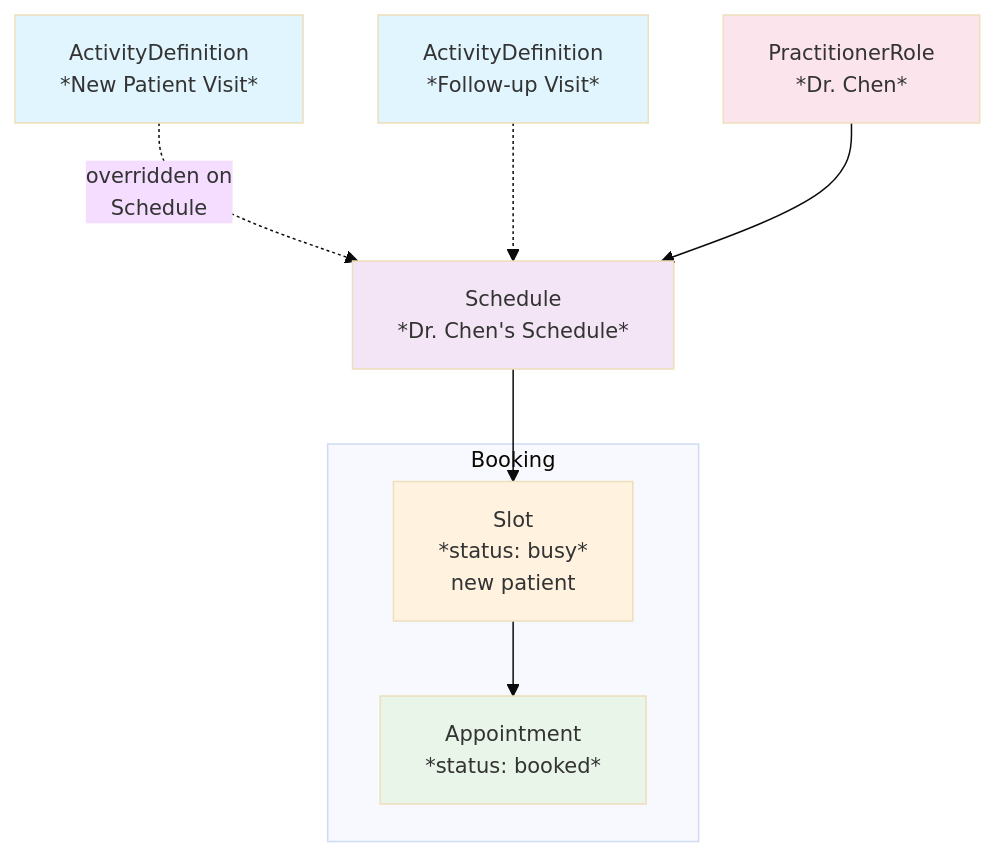
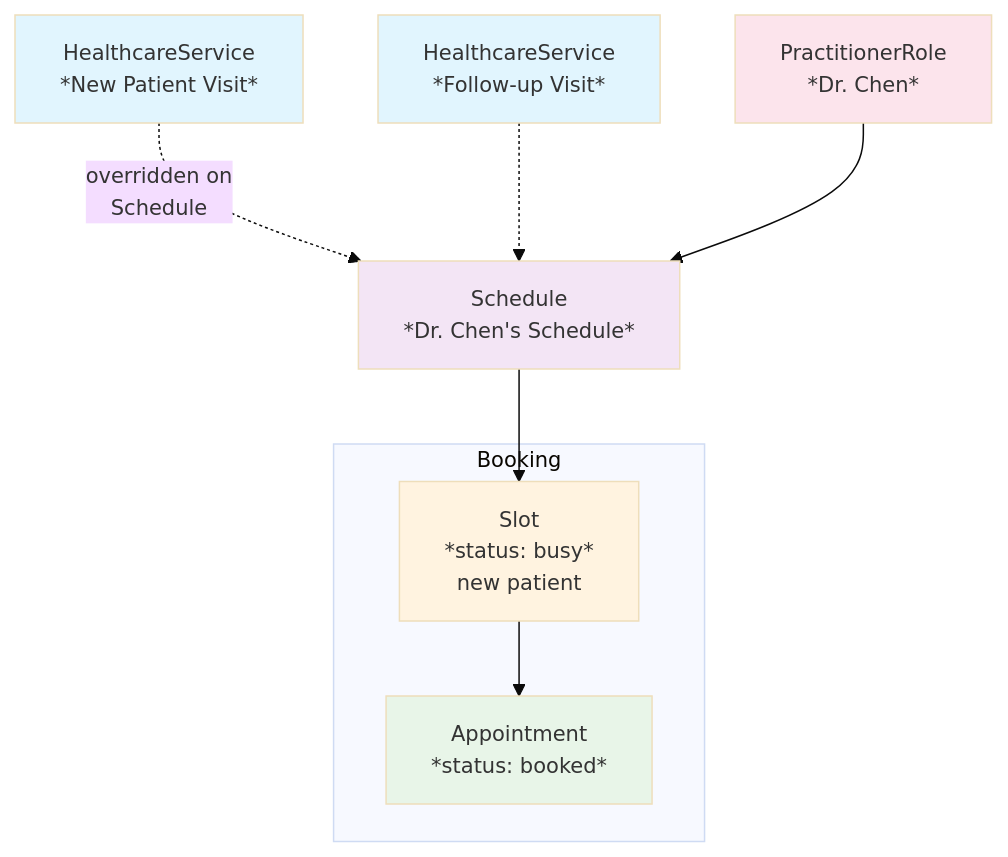
One commit to medplum/medplum changed the third of 5 diagrams in packages/docs/docs/scheduling/defining-availability.md. Above: the diagram before and after it, drawn with Mermaid. The commit also changed other lines of this file and 8 other files, not shown here.

First line of the commit message:
Shared Scheduling config lives on HealthcareService

````diff
--- a/packages/docs/docs/scheduling/defining-availability.md
+++ b/packages/docs/docs/scheduling/defining-availability.md
@@ -740,20 +724,20 @@
 ```mermaid
 %%{init: {'theme':'base', 'themeVariables': {'fontSize':'14px'}, 'flowchart': {'useMaxWidth': false, 'htmlLabels': true}}}%%
 graph TD
-    A1[ActivityDefinition<br/>*New Patient Visit*] -. overridden on<br/>Schedule .-> B[Schedule<br/>*Dr. Chen's Schedule*]
-    A2[ActivityDefinition<br/>*Follow-up Visit*] -.-> B
+    A1[HealthcareService<br/>*New Patient Visit*] -. overridden on<br/>Schedule .-> B[Schedule<br/>*Dr. Chen's Schedule*]
+    A2[HealthcareService<br/>*Follow-up Visit*] -.-> B
     C[PractitionerRole<br/>*Dr. Chen*] --> B
 
     B --> D1[Slot<br/>*status: busy*<br/>new patient]
 
     subgraph "Booking"
         D1 --> E1[Appointment<br/>*status: booked*]
     end
 
     style A1 fill:#e1f5fe
     style A2 fill:#e1f5fe
     style B fill:#f3e5f5
     style C fill:#fce4ec
     style D1 fill:#fff3e0
     style E1 fill:#e8f5e8
 ```
````
